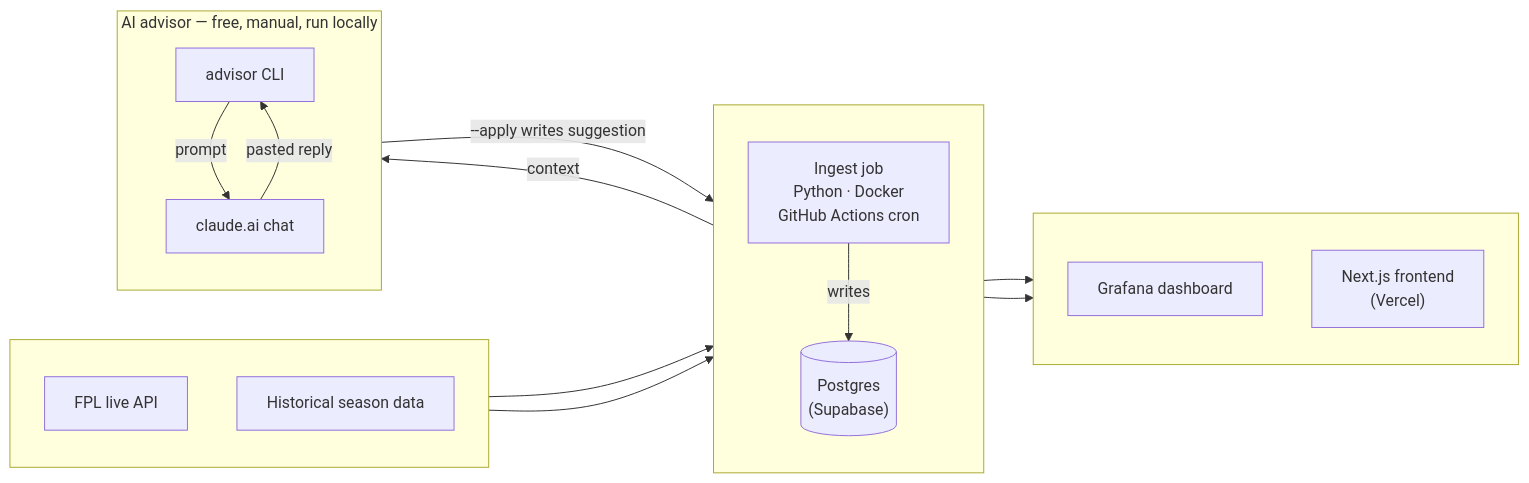
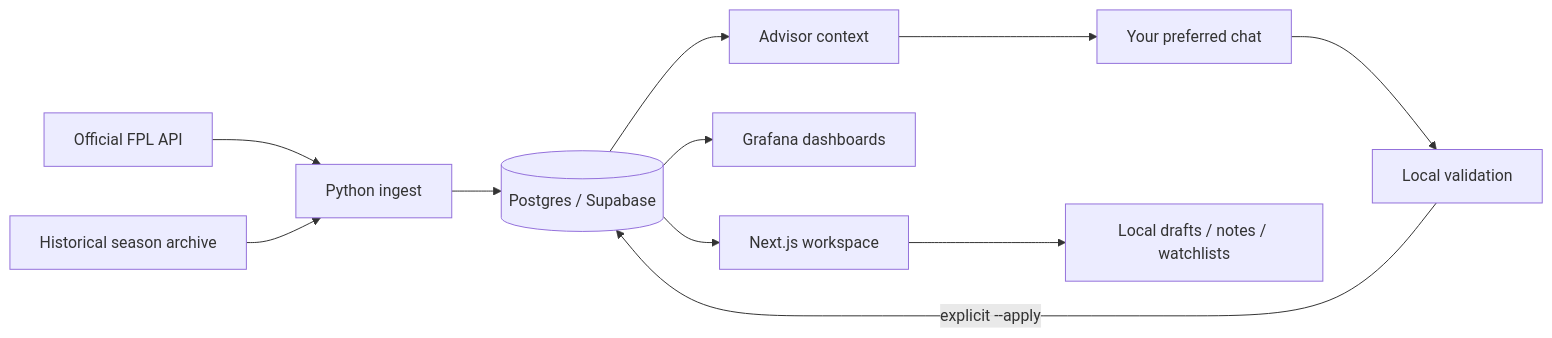
One commit to viditpawar/fantasy_premier_league changed the diagram in README.md. Above: the diagram before and after it, drawn with Mermaid. The commit also changed other lines of this file and 55 other files, not shown here.

````diff
--- a/README.md
+++ b/README.md
@@ -48,36 +63,13 @@
 ```mermaid
 flowchart LR
-    subgraph Sources[" "]
-        direction TB
-        fpl[FPL live API]
-        hist[Historical season data]
-    end
-
-    subgraph Pipeline[" "]
-        direction TB
-        ingest["Ingest job\nPython · Docker\nGitHub Actions cron"]
-        db[("Postgres\n(Supabase)")]
-        ingest -->|writes| db
-    end
-
-    subgraph Consumers[" "]
-        direction TB
-        grafana[Grafana dashboard]
-        web["Next.js frontend\n(Vercel)"]
-    end
-
-    subgraph Advisor["AI advisor — free, manual, run locally"]
-        direction TB
-        cli[advisor CLI]
-        claude[claude.ai chat]
-        cli -->|prompt| claude
-        claude -->|pasted reply| cli
-    end
-
-    fpl --> ingest
-    hist --> ingest
-    db --> grafana
-    db --> web
-    db -->|context| cli
-    cli -->|"--apply writes suggestion"| db
+    FPL[Official FPL API] --> Ingest[Python ingest]
+    Archive[Historical season archive] --> Ingest
+    Ingest --> DB[(Postgres / Supabase)]
+    DB --> Web[Next.js workspace]
+    DB --> Grafana[Grafana dashboards]
+    DB --> Context[Advisor context]
+    Context --> Chat[Your preferred chat]
+    Chat --> Validate[Local validation]
+    Validate -->|explicit --apply| DB
+    Web --> Local[Local drafts / notes / watchlists]
 ```
````
